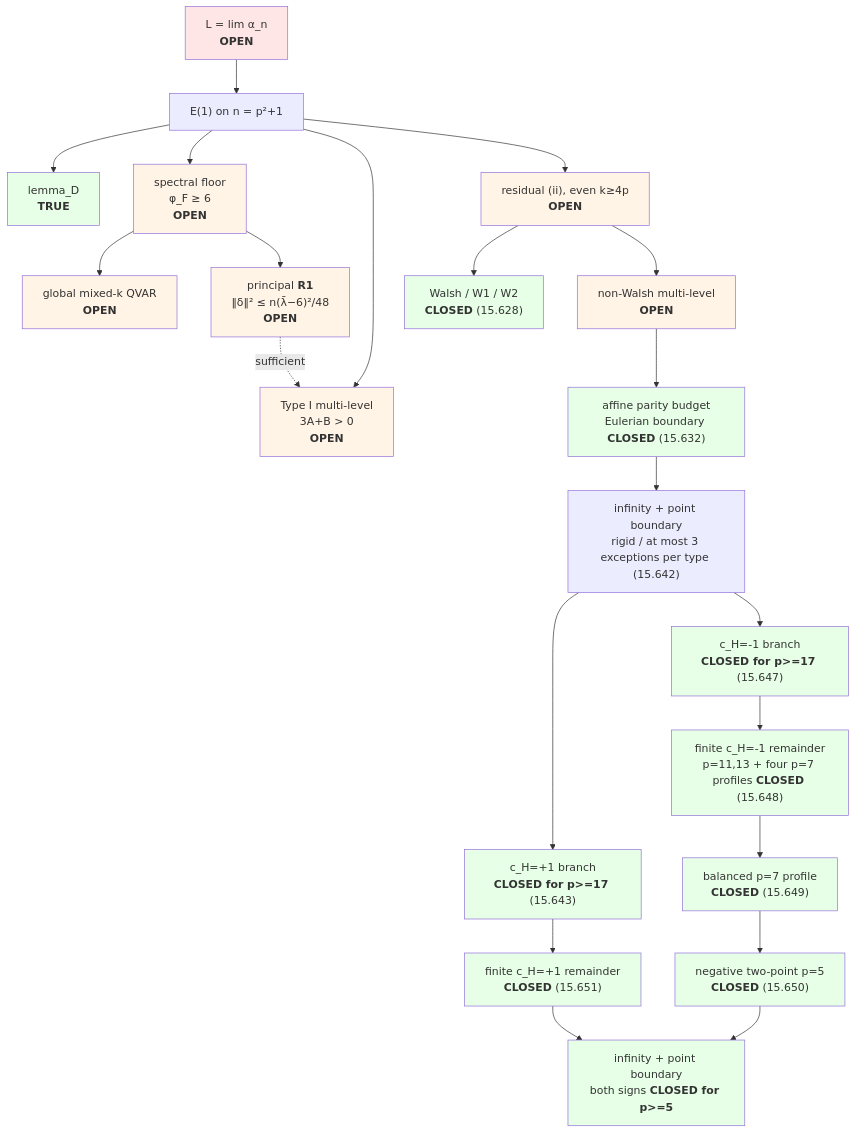
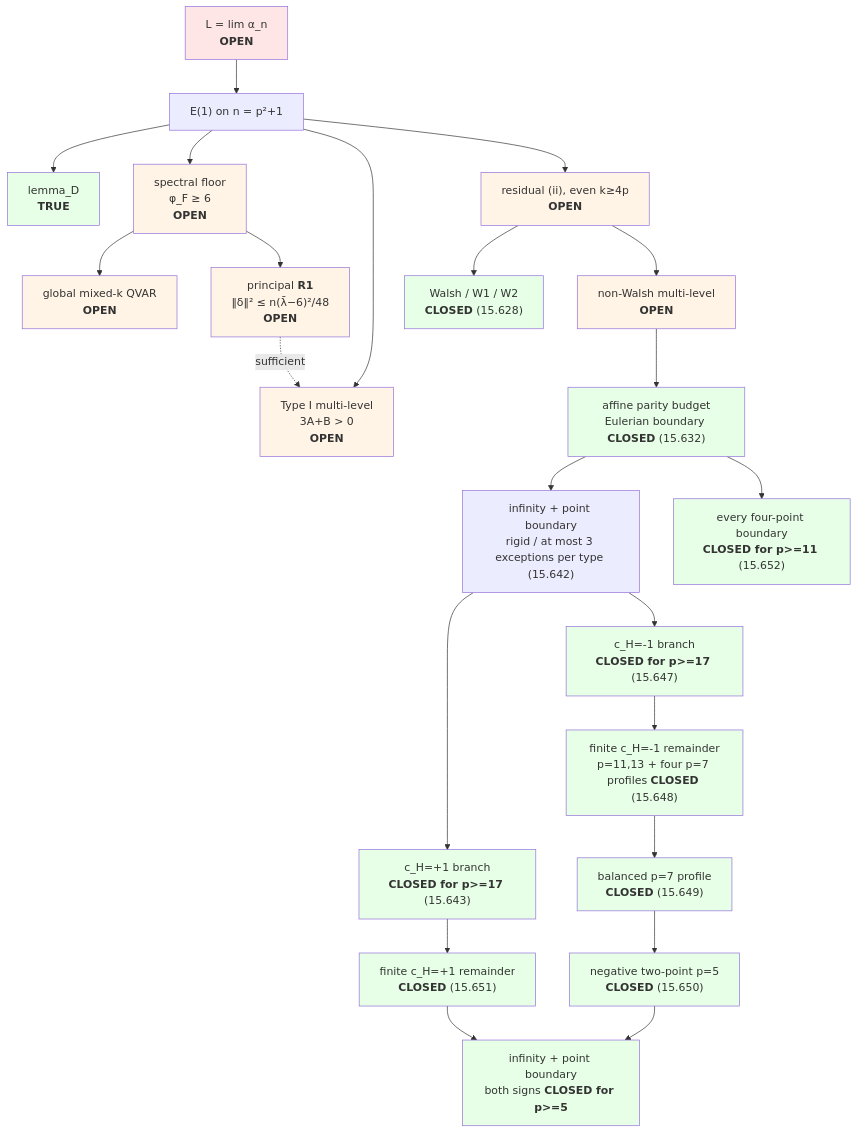
One commit to luckyseoul/quadratic-minmax-limit changed the diagram in README.md. Above: the diagram before and after it, drawn with Mermaid. The commit also changed other lines of this file and 6 other files, not shown here.

Commit message:
Exclude four-point boundaries for p at least 11

````diff
--- a/README.md
+++ b/README.md
@@ -111,40 +116,42 @@
 ```mermaid
 graph TD
     L["L = lim α_n<br/><b>OPEN</b>"] --> E1["E(1) on n = p²+1"]
     E1 --> D["lemma_D<br/><b>TRUE</b>"]
     E1 --> FLOOR["spectral floor<br/>φ_F ≥ 6<br/><b>OPEN</b>"]
     FLOOR --> QVAR["global mixed-k QVAR<br/><b>OPEN</b>"]
     FLOOR --> R1["principal <b>R1</b><br/>‖δ‖² ≤ n(λ̄−6)²/48<br/><b>OPEN</b>"]
     E1 --> TYPEI["Type I multi-level<br/>3A+B > 0<br/><b>OPEN</b>"]
     R1 -. sufficient .-> TYPEI
     E1 --> RES["residual (ii), even k≥4p<br/><b>OPEN</b>"]
     RES --> WALSH["Walsh / W1 / W2<br/><b>CLOSED</b> (15.628)"]
     RES --> MULTI["non-Walsh multi-level<br/><b>OPEN</b>"]
     MULTI --> BUDGET["affine parity budget<br/>Eulerian boundary <b>CLOSED</b> (15.632)"]
     BUDGET --> RIGID["infinity + point boundary<br/>rigid / at most 3 exceptions per type (15.642)"]
     RIGID --> POSKILL["c_H=+1 branch<br/><b>CLOSED for p>=17</b> (15.643)"]
     POSKILL --> POSFINITE["finite c_H=+1 remainder<br/><b>CLOSED</b> (15.651)"]
     RIGID --> NEGKILL["c_H=-1 branch<br/><b>CLOSED for p>=17</b> (15.647)"]
     NEGKILL --> NEGFINITE["finite c_H=-1 remainder<br/>p=11,13 + four p=7 profiles <b>CLOSED</b> (15.648)"]
     NEGFINITE --> P7BAL["balanced p=7 profile<br/><b>CLOSED</b> (15.649)"]
     P7BAL --> P5NEG["negative two-point p=5<br/><b>CLOSED</b> (15.650)"]
     POSFINITE --> TWOPT["infinity + point boundary<br/>both signs <b>CLOSED for p>=5</b>"]
     P5NEG --> TWOPT
+    BUDGET --> FOUR["every four-point boundary<br/><b>CLOSED for p>=11</b> (15.652)"]
     style L fill:#ffe6e6
     style D fill:#e6ffe6
     style FLOOR fill:#fff4e6
     style QVAR fill:#fff4e6
     style R1 fill:#fff4e6
     style TYPEI fill:#fff4e6
     style RES fill:#fff4e6
     style WALSH fill:#e6ffe6
     style MULTI fill:#fff4e6
     style BUDGET fill:#e6ffe6
     style P7BAL fill:#e6ffe6
     style P5NEG fill:#e6ffe6
     style POSFINITE fill:#e6ffe6
+    style FOUR fill:#e6ffe6
     style TWOPT fill:#e6ffe6
     style POSKILL fill:#e6ffe6
     style NEGKILL fill:#e6ffe6
     style NEGFINITE fill:#e6ffe6
 ```
````
